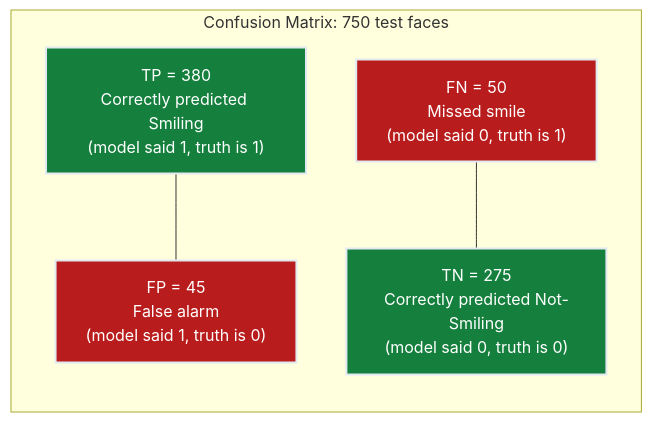
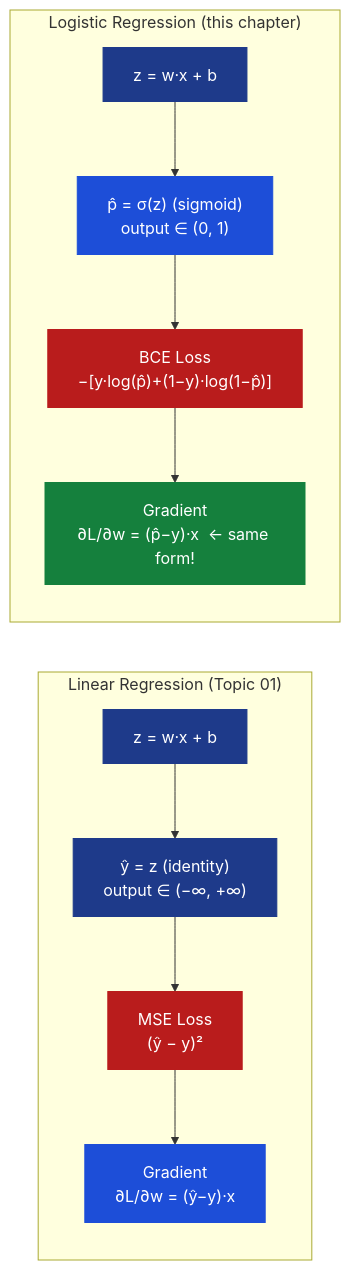
The fourth of 5 diagrams in notes/01-ml/02_classification/ch01_logistic_regression/README.md (deepakshamsft/ai-portfolio), drawn with Mermaid before and after one commit. The commit also changed other lines of this file and 727 other files, not shown here.

````diff
--- a/notes/01-ml/02_classification/ch01_logistic_regression/README.md
+++ b/notes/01-ml/02_classification/ch01_logistic_regression/README.md
@@ -269,17 +746,27 @@
 ```mermaid
 graph LR
-    subgraph "Confusion Matrix: 750 test faces"
-        A["TP = 380<br/>Correctly predicted Smiling<br/>(model said 1, truth is 1)"]
-        B["FP = 45<br/>False alarm<br/>(model said 1, truth is 0)"]
-        C["FN = 50<br/>Missed smile<br/>(model said 0, truth is 1)"]
-        D["TN = 275<br/>Correctly predicted Not-Smiling<br/>(model said 0, truth is 0)"]
+    subgraph LIN ["Linear Regression (Topic 01)"]
+        direction TB
+        LA["z = w·x + b"]
+        LB["ŷ = z  (identity)\noutput ∈ (−∞, +∞)"]
+        LC["MSE Loss\n(ŷ − y)²"]
+        LD["Gradient\n∂L/∂w = (ŷ−y)·x"]
+        LA --> LB --> LC --> LD
     end
-    
-    A --- B
-    C --- D
-    
-    style A fill:#15803d,stroke:#e2e8f0,stroke-width:2px,color:#ffffff
-    style B fill:#b91c1c,stroke:#e2e8f0,stroke-width:2px,color:#ffffff
-    style C fill:#b91c1c,stroke:#e2e8f0,stroke-width:2px,color:#ffffff
-    style D fill:#15803d,stroke:#e2e8f0,stroke-width:2px,color:#ffffff
+    subgraph LOG ["Logistic Regression (this chapter)"]
+        direction TB
+        GA["z = w·x + b"]
+        GB["p̂ = σ(z)  (sigmoid)\noutput ∈ (0, 1)"]
+        GC["BCE Loss\n−[y·log(p̂)+(1−y)·log(1−p̂)]"]
+        GD["Gradient\n∂L/∂w = (p̂−y)·x  ← same form!"]
+        GA --> GB --> GC --> GD
+    end
+    style LA fill:#1e3a8a,color:#fff,stroke:#1e3a8a
+    style LB fill:#1e3a8a,color:#fff,stroke:#1e3a8a
+    style LC fill:#b91c1c,color:#fff,stroke:#b91c1c
+    style LD fill:#1d4ed8,color:#fff,stroke:#1d4ed8
+    style GA fill:#1e3a8a,color:#fff,stroke:#1e3a8a
+    style GB fill:#1d4ed8,color:#fff,stroke:#1d4ed8
+    style GC fill:#b91c1c,color:#fff,stroke:#b91c1c
+    style GD fill:#15803d,color:#fff,stroke:#15803d
 ```
````
